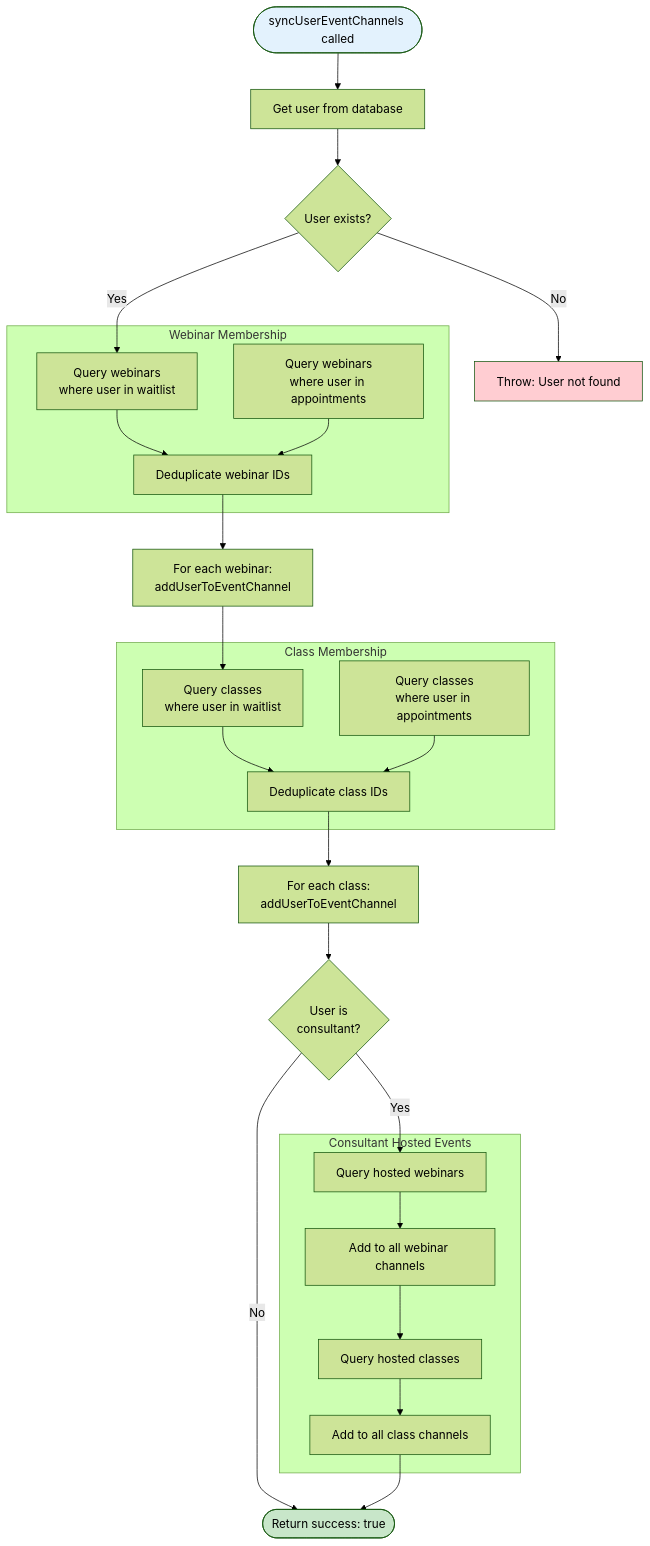
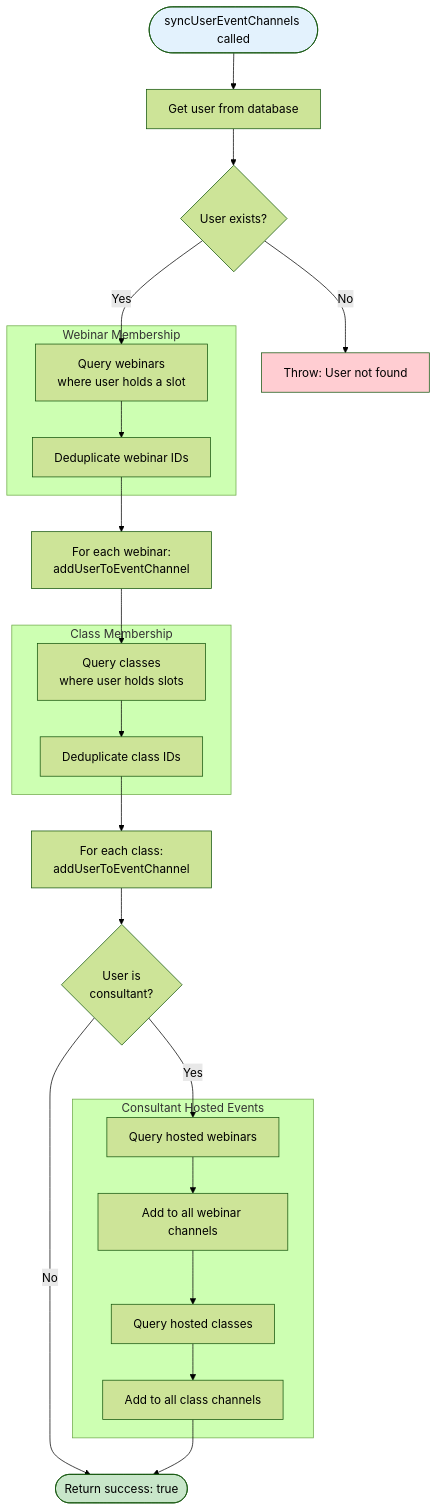
One commit to Practitionist/familiarise_web changed the second of 2 diagrams in docs/stream/06-channel-management.md. Above: the diagram before and after it, drawn with Mermaid (forest theme). The commit also changed other lines of this file and 181 other files, not shown here.

````diff
--- a/docs/stream/06-channel-management.md
+++ b/docs/stream/06-channel-management.md
@@ -463,56 +411,52 @@
 ```mermaid
 flowchart TB
     Start([syncUserEventChannels called])
     Start --> GetUser[Get user from database]
 
     GetUser --> CheckUser{User exists?}
     CheckUser -->|No| Error1[Throw: User not found]
-    CheckUser -->|Yes| GetWebinarsWaitlist
+    CheckUser -->|Yes| GetWebinarsAppts
 
     subgraph "Webinar Membership"
-        GetWebinarsWaitlist[Query webinars<br/>where user in waitlist]
-        GetWebinarsAppts[Query webinars<br/>where user in appointments]
+        GetWebinarsAppts[Query webinars<br/>where user holds a slot]
         DedupeWebinars[Deduplicate webinar IDs]
 
-        GetWebinarsWaitlist --> DedupeWebinars
         GetWebinarsAppts --> DedupeWebinars
     end
 
     DedupeWebinars --> AddToWebinars[For each webinar:<br/>addUserToEventChannel]
 
     subgraph "Class Membership"
-        GetClassesWaitlist[Query classes<br/>where user in waitlist]
-        GetClassesAppts[Query classes<br/>where user in appointments]
+        GetClassesAppts[Query classes<br/>where user holds slots]
         DedupeClasses[Deduplicate class IDs]
 
-        GetClassesWaitlist --> DedupeClasses
         GetClassesAppts --> DedupeClasses
     end
 
-    AddToWebinars --> GetClassesWaitlist
+    AddToWebinars --> GetClassesAppts
     DedupeClasses --> AddToClasses[For each class:<br/>addUserToEventChannel]
 
     AddToClasses --> IsConsultant{User is<br/>consultant?}
 
     IsConsultant -->|No| Success
     IsConsultant -->|Yes| GetHostedWebinars
 
     subgraph "Consultant Hosted Events"
         GetHostedWebinars[Query hosted webinars]
         GetHostedClasses[Query hosted classes]
         AddConsultantToWebinars[Add to all webinar channels]
         AddConsultantToClasses[Add to all class channels]
 
         GetHostedWebinars --> AddConsultantToWebinars
         GetHostedClasses --> AddConsultantToClasses
     end
 
     AddConsultantToWebinars --> GetHostedClasses
     AddConsultantToClasses --> Success
 
     Success([Return success: true])
 
     style Start fill:#e3f2fd
     style Success fill:#c8e6c9
     style Error1 fill:#ffcdd2
 ```
````
